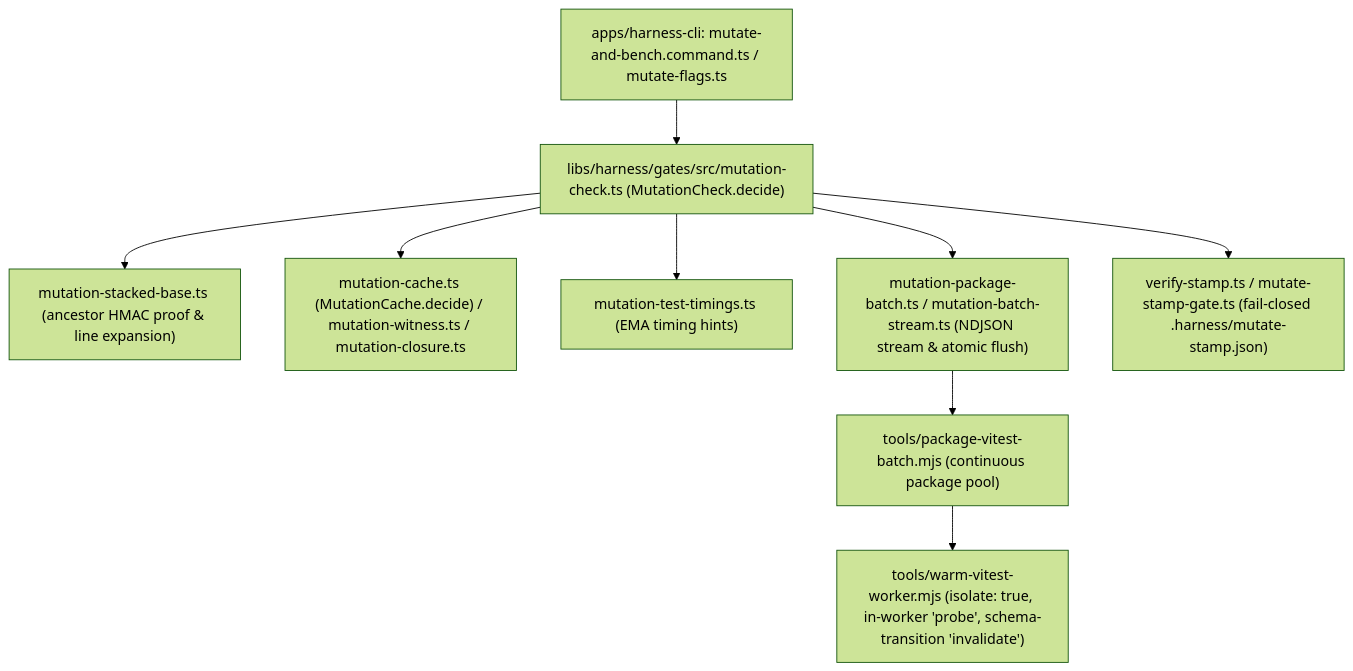
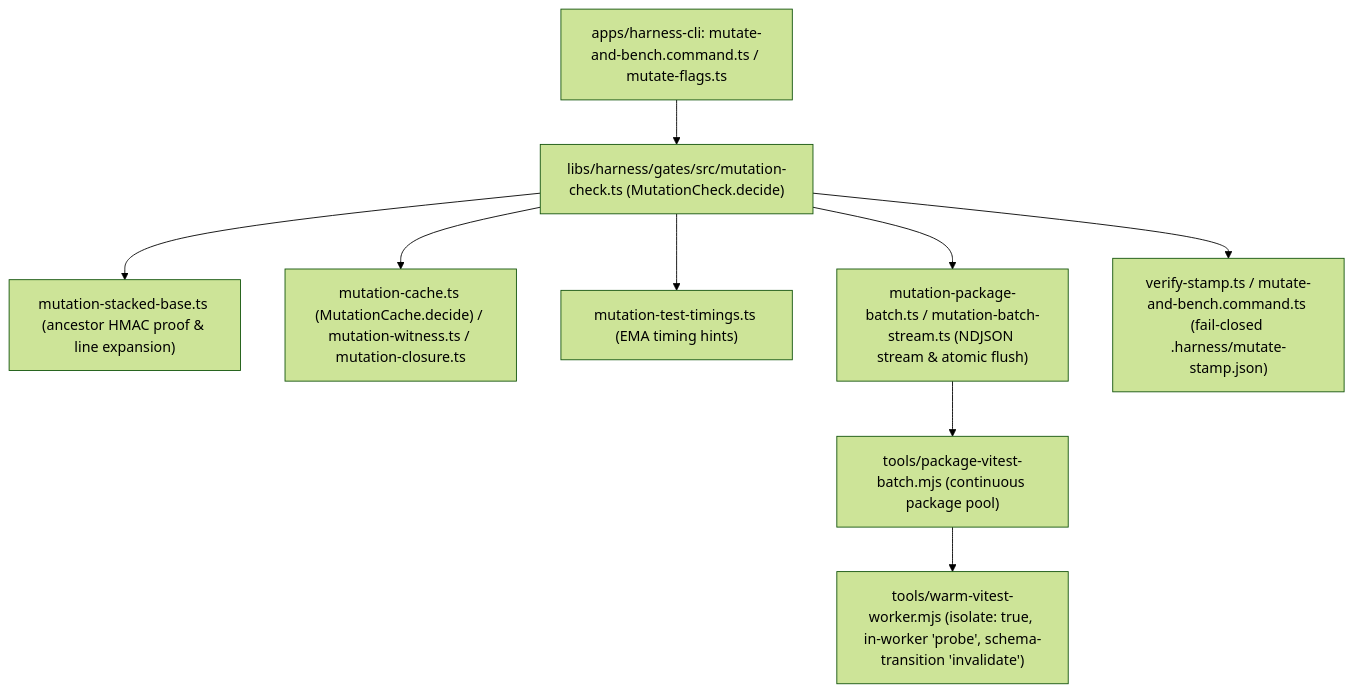
The diagram in libs/harness/docs/adr/0027-witness-scoped-mutation-cache-and-continuous-pool.md (selmeci/effect-ts-harness), drawn with Mermaid (forest theme) before and after one commit. The commit also changed other lines of this file and 35 other files, not shown here.

````diff
--- a/libs/harness/docs/adr/0027-witness-scoped-mutation-cache-and-continuous-pool.md
+++ b/libs/harness/docs/adr/0027-witness-scoped-mutation-cache-and-continuous-pool.md
@@ -83,11 +82,11 @@
 ```mermaid
 flowchart TD
   CLI["apps/harness-cli: mutate-and-bench.command.ts / mutate-flags.ts"] --> Gate["libs/harness/gates/src/mutation-check.ts (MutationCheck.decide)"]
   Gate --> Base["mutation-stacked-base.ts (ancestor HMAC proof & line expansion)"]
   Gate --> Cache["mutation-cache.ts (MutationCache.decide) / mutation-witness.ts / mutation-closure.ts"]
   Gate --> Timings["mutation-test-timings.ts (EMA timing hints)"]
   Gate --> Batch["mutation-package-batch.ts / mutation-batch-stream.ts (NDJSON stream & atomic flush)"]
   Batch --> Runner["tools/package-vitest-batch.mjs (continuous package pool)"]
   Runner --> Worker["tools/warm-vitest-worker.mjs (isolate: true, in-worker 'probe', schema-transition 'invalidate')"]
-  Gate --> Stamp["verify-stamp.ts / mutate-stamp-gate.ts (fail-closed .harness/mutate-stamp.json)"]
+  Gate --> Stamp["verify-stamp.ts / mutate-and-bench.command.ts (fail-closed .harness/mutate-stamp.json)"]
 ```
````
